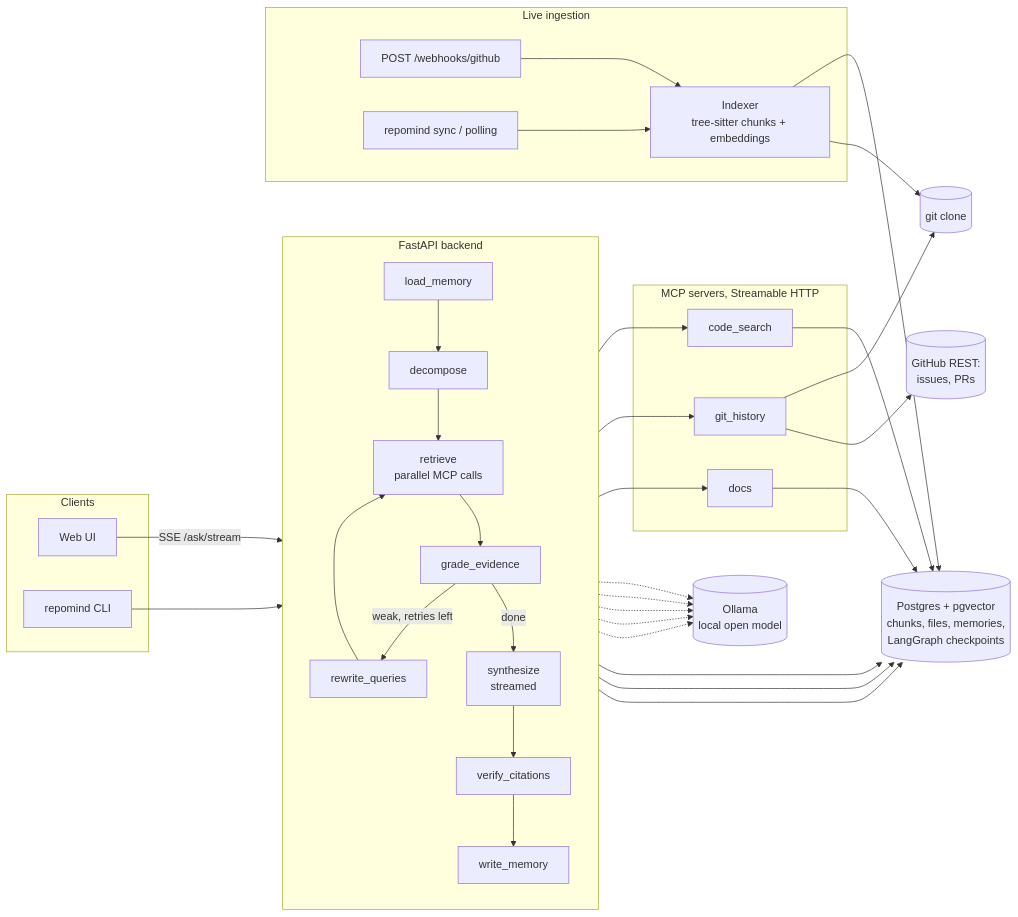
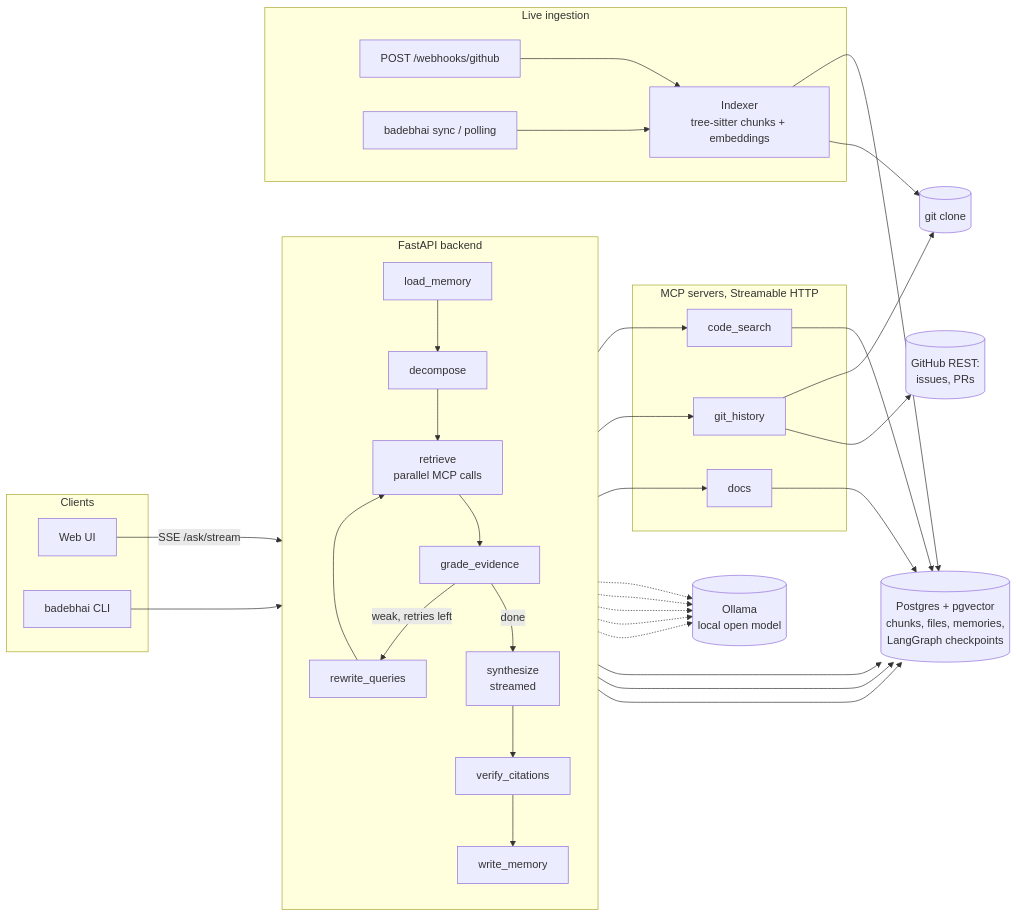
The diagram in README.md (shreyashtrivedi/BadeBhai), drawn with Mermaid before and after one commit. The commit also changed other lines of this file and 160 other files, not shown here.

````diff
--- a/README.md
+++ b/README.md
@@ -93,43 +93,43 @@
 ```mermaid
 flowchart LR
     subgraph clients[Clients]
         ui[Web UI]
-        cli[repomind CLI]
+        cli[badebhai CLI]
     end
 
     subgraph api[FastAPI backend]
         direction TB
         lm[load_memory] --> dc[decompose]
         dc --> rt[retrieve<br/>parallel MCP calls]
         rt --> gr[grade_evidence]
         gr -- weak, retries left --> rw[rewrite_queries]
         rw --> rt
         gr -- done --> sy[synthesize<br/>streamed]
         sy --> vc[verify_citations]
         vc --> wm[write_memory]
     end
 
     subgraph mcp[MCP servers, Streamable HTTP]
         cs[code_search]
         gh[git_history]
         ds[docs]
     end
 
     subgraph ingest[Live ingestion]
         wh[POST /webhooks/github]
-        sync[repomind sync / polling]
+        sync[badebhai sync / polling]
         idx[Indexer<br/>tree-sitter chunks + embeddings]
     end
 
     ui -- SSE /ask/stream --> api
     cli --> api
     rt --> cs & gh & ds
     dc & gr & rw & sy & wm -.-> llm[(Ollama<br/>local open model)]
     cs & ds --> pg[(Postgres + pgvector<br/>chunks, files, memories,<br/>LangGraph checkpoints)]
     lm & wm --> pg
     gh --> clone[(git clone)]
     gh --> ghapi[(GitHub REST:<br/>issues, PRs)]
     vc --> pg
     wh & sync --> idx --> pg
     idx --> clone
 ```
````
